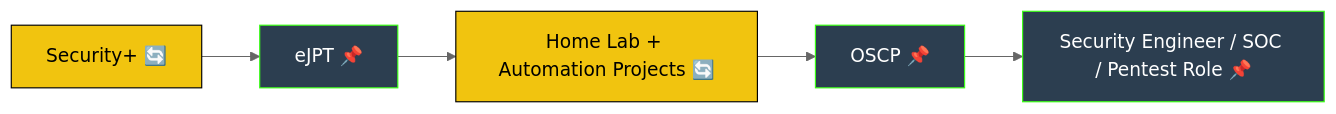
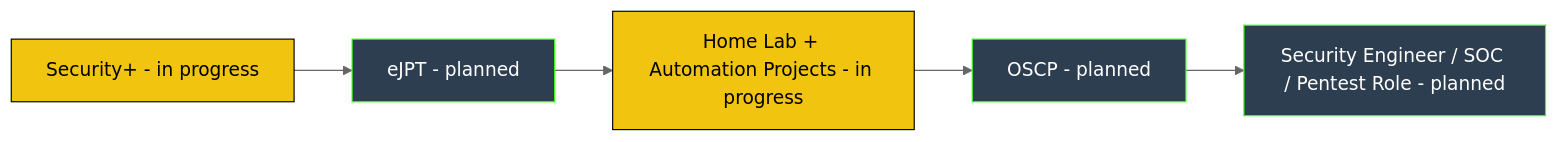
Before and after one commit to Hiruthik07/Hiruthik07: the diagram in README.md, drawn with Mermaid (neutral theme). The commit also changed other lines of this file, not shown here.

````diff
--- a/README.md
+++ b/README.md
@@ -182,12 +183,12 @@
 ```mermaid
 graph LR
-    A[Security+ 🔄] --> B[eJPT 📌]
-    B --> C[Home Lab + Automation Projects 🔄]
-    C --> D[OSCP 📌]
-    D --> E[Security Engineer / SOC / Pentest Role 📌]
+    A[Security+ - in progress] --> B[eJPT - planned]
+    B --> C[Home Lab + Automation Projects - in progress]
+    C --> D[OSCP - planned]
+    D --> E[Security Engineer / SOC / Pentest Role - planned]
     style A fill:#f1c40f,stroke:#000,color:#000
     style B fill:#2c3e50,stroke:#39ff14,color:#fff
     style C fill:#f1c40f,stroke:#000,color:#000
     style D fill:#2c3e50,stroke:#39ff14,color:#fff
     style E fill:#2c3e50,stroke:#39ff14,color:#fff
 ```
````
